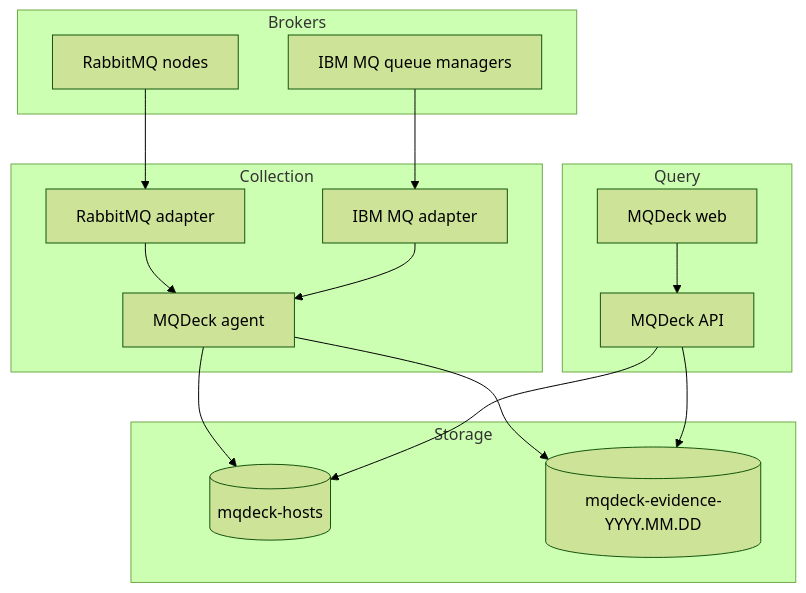
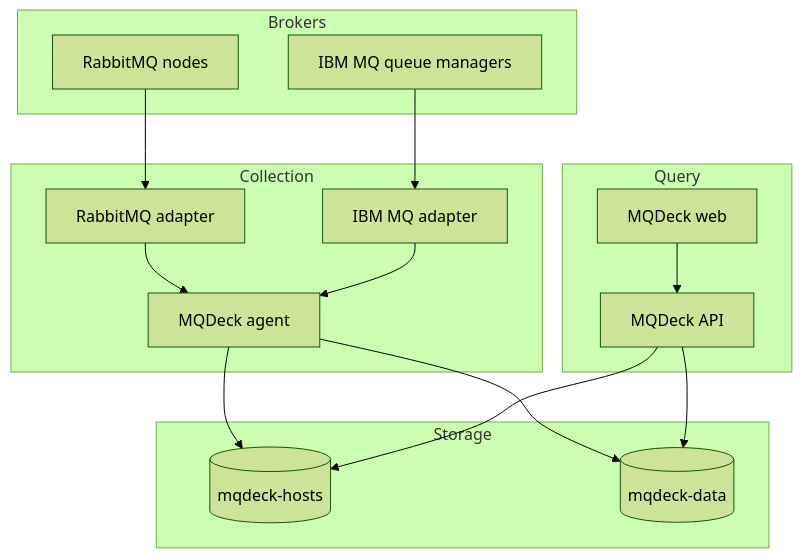
The diagram in docs/architecture.md (mqdeck/mqdeck), drawn with Mermaid (forest theme) before and after one commit. The commit also changed other lines of this file and 15 other files, not shown here.

````diff
--- a/docs/architecture.md
+++ b/docs/architecture.md
@@ -9,31 +9,31 @@
 ```mermaid
 flowchart TB
     subgraph Brokers
         RMQ["RabbitMQ nodes"]
         IBM["IBM MQ queue managers"]
     end
 
     subgraph Collection
         RA["RabbitMQ adapter"]
         IA["IBM MQ adapter"]
         AG["MQDeck agent"]
     end
 
     subgraph Storage
         HS[("mqdeck-hosts")]
-        EV[("mqdeck-evidence-YYYY.MM.DD")]
+        EV[("mqdeck-data")]
     end
 
     subgraph Query
         API["MQDeck API"]
         WEB["MQDeck web"]
     end
 
     RMQ --> RA --> AG
     IBM --> IA --> AG
     AG --> HS
     AG --> EV
     WEB --> API
     API --> HS
     API --> EV
 ```
````
